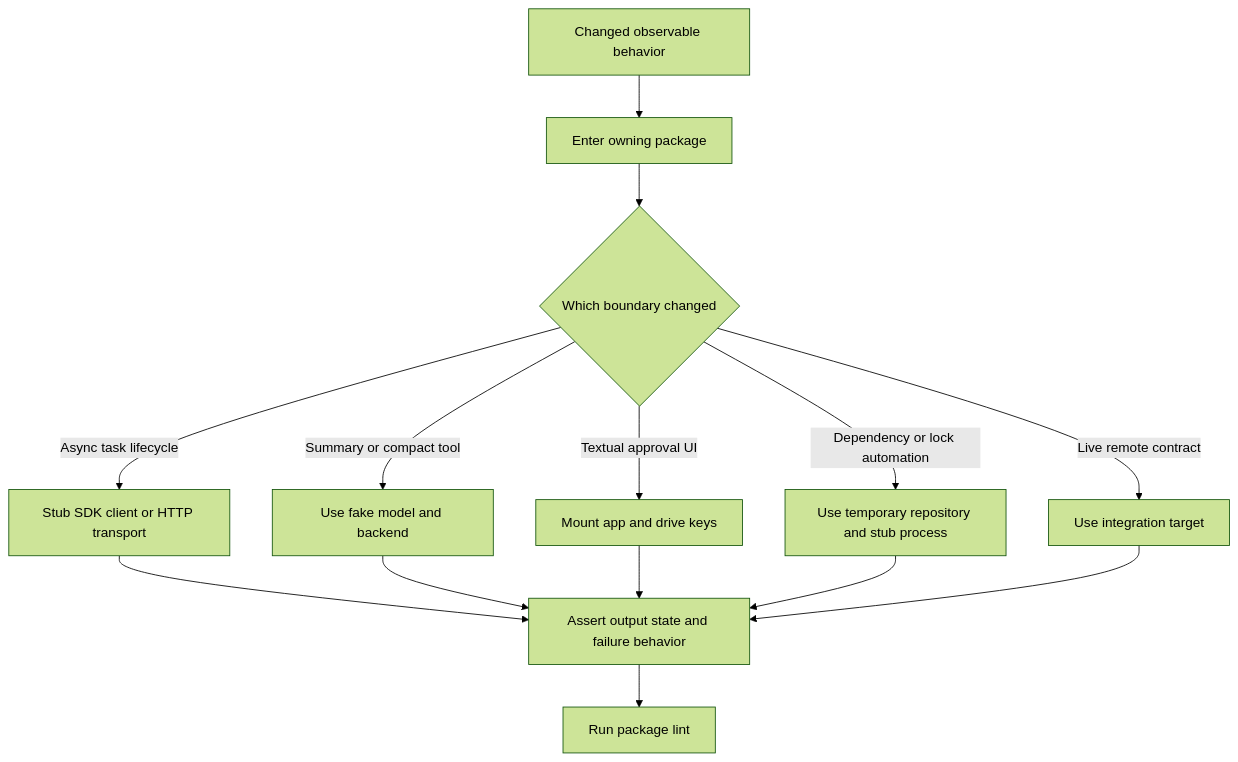
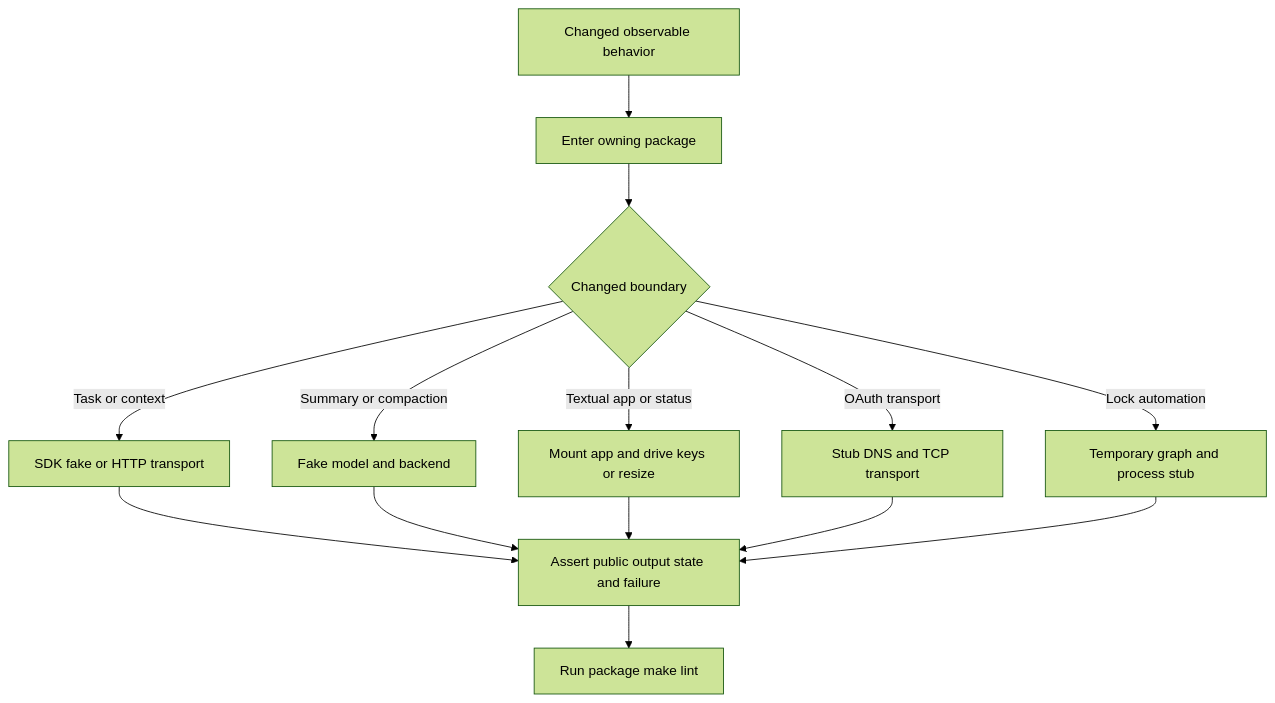
One commit to langchain-ai/deepagents changed the diagram in openwiki/testing/testing-guide.md. Above: the diagram before and after it, drawn with Mermaid (forest theme). The commit also changed other lines of this file and 47 other files, not shown here.

````diff
--- a/openwiki/testing/testing-guide.md
+++ b/openwiki/testing/testing-guide.md
@@ -79,16 +87,16 @@
 ```mermaid
 flowchart TD
     Change["Changed observable behavior"] --> Owner["Enter owning package"]
-    Owner --> Boundary{"Which boundary changed"}
-    Boundary -->|"Async task lifecycle"| Async["Stub SDK client or HTTP transport"]
-    Boundary -->|"Summary or compact tool"| Compact["Use fake model and backend"]
-    Boundary -->|"Textual approval UI"| Tui["Mount app and drive keys"]
-    Boundary -->|"Dependency or lock automation"| Automation["Use temporary repository and stub process"]
-    Boundary -->|"Live remote contract"| Integration["Use integration target"]
-    Async --> Assert["Assert output state and failure behavior"]
+    Owner --> Boundary{"Changed boundary"}
+    Boundary -->|"Task or context"| Async["SDK fake or HTTP transport"]
+    Boundary -->|"Summary or compaction"| Compact["Fake model and backend"]
+    Boundary -->|"Textual app or status"| Tui["Mount app and drive keys or resize"]
+    Boundary -->|"OAuth transport"| OAuth["Stub DNS and TCP transport"]
+    Boundary -->|"Lock automation"| Locks["Temporary graph and process stub"]
+    Async --> Assert["Assert public output state and failure"]
     Compact --> Assert
     Tui --> Assert
-    Automation --> Assert
-    Integration --> Assert
-    Assert --> Lint["Run package lint"]
+    OAuth --> Assert
+    Locks --> Assert
+    Assert --> Lint["Run package make lint"]
 ```
````
